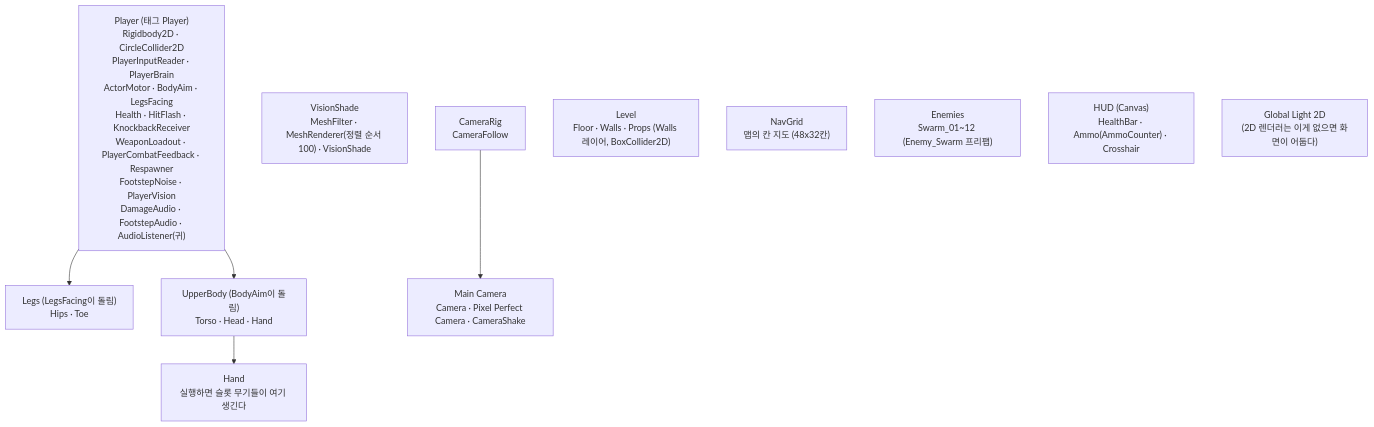
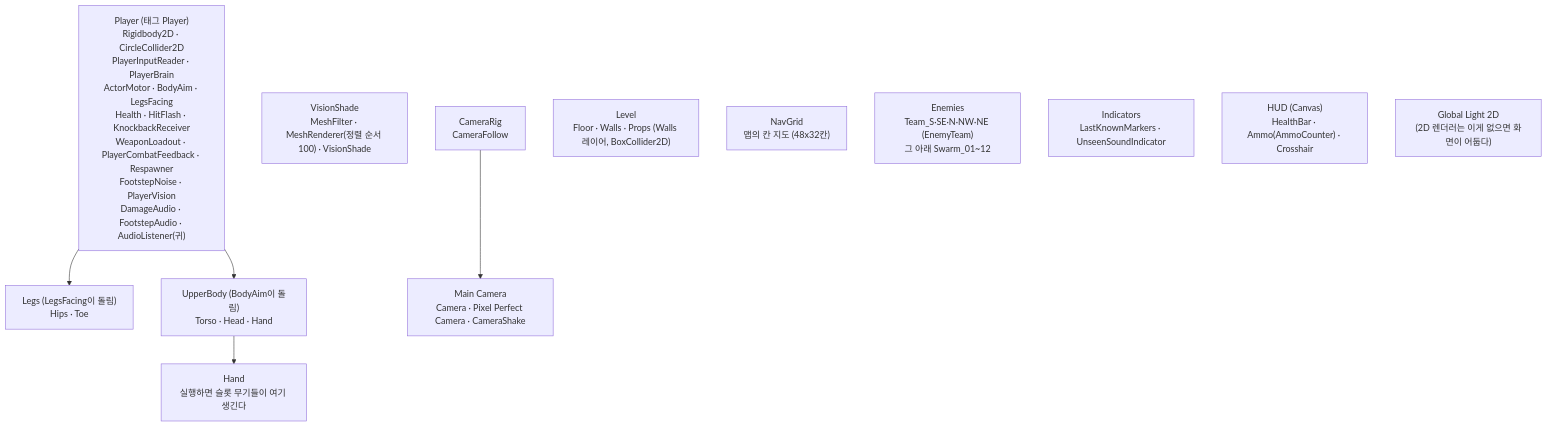
The fifth of 5 diagrams in docs/코드-구조.md (odyo0/project_dust_scrapper), drawn with Mermaid before and after one commit. The commit also changed other lines of this file and 31 other files, not shown here.

````diff
--- a/docs/코드-구조.md
+++ b/docs/코드-구조.md
@@ -326,14 +335,15 @@
 ```mermaid
 flowchart TD
     Player["Player (태그 Player)<br/>Rigidbody2D · CircleCollider2D<br/>PlayerInputReader · PlayerBrain<br/>ActorMotor · BodyAim · LegsFacing<br/>Health · HitFlash · KnockbackReceiver<br/>WeaponLoadout · PlayerCombatFeedback · Respawner<br/>FootstepNoise · PlayerVision<br/>DamageAudio · FootstepAudio · AudioListener(귀)"]
     Shade["VisionShade<br/>MeshFilter · MeshRenderer(정렬 순서 100) · VisionShade"]
     Player --> Legs["Legs (LegsFacing이 돌림)<br/>Hips · Toe"]
     Player --> Upper["UpperBody (BodyAim이 돌림)<br/>Torso · Head · Hand"]
     Upper --> Hand["Hand<br/>실행하면 슬롯 무기들이 여기 생긴다"]
     Rig["CameraRig<br/>CameraFollow"] --> Cam["Main Camera<br/>Camera · Pixel Perfect Camera · CameraShake"]
     Level["Level<br/>Floor · Walls · Props (Walls 레이어, BoxCollider2D)"]
     Nav["NavGrid<br/>맵의 칸 지도 (48x32칸)"]
-    Enemies["Enemies<br/>Swarm_01~12 (Enemy_Swarm 프리팹)"]
+    Enemies["Enemies<br/>Team_S·SE·N·NW·NE (EnemyTeam)<br/>그 아래 Swarm_01~12"]
+    Ind["Indicators<br/>LastKnownMarkers · UnseenSoundIndicator"]
     HUD["HUD (Canvas)<br/>HealthBar · Ammo(AmmoCounter) · Crosshair"]
     Light["Global Light 2D<br/>(2D 렌더러는 이게 없으면 화면이 어둡다)"]
 ```
````
